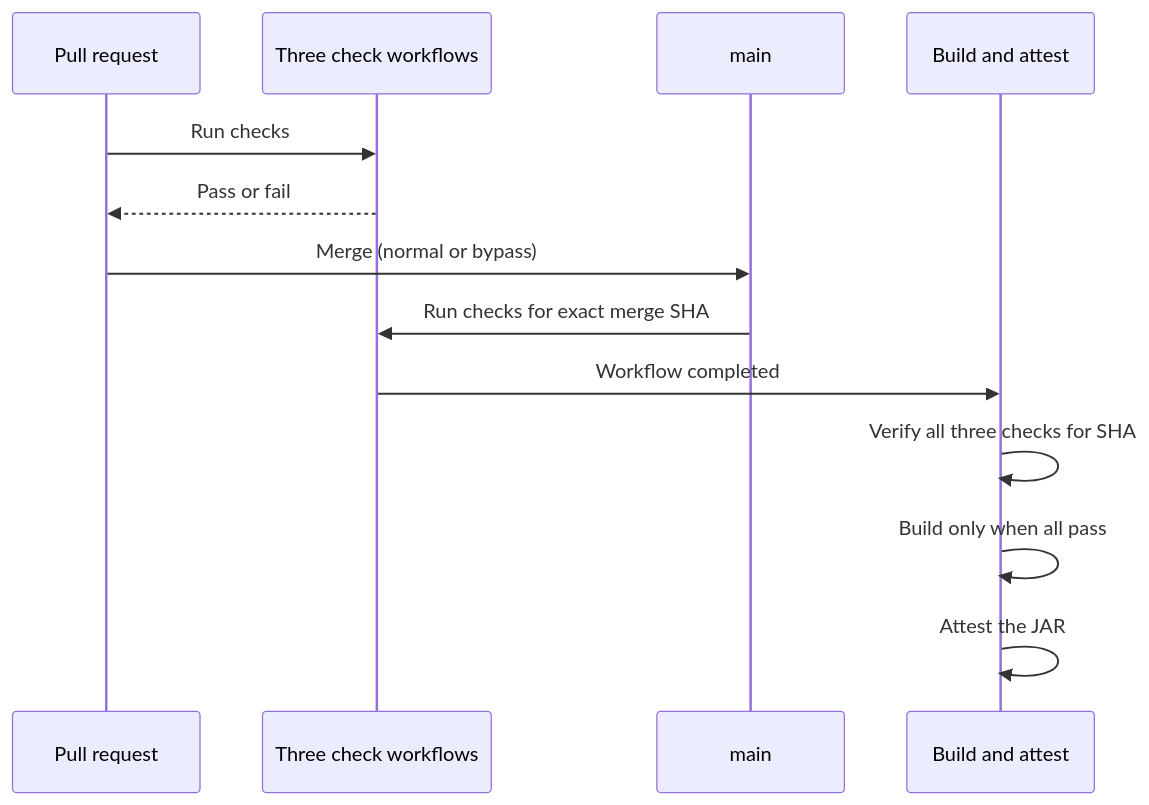
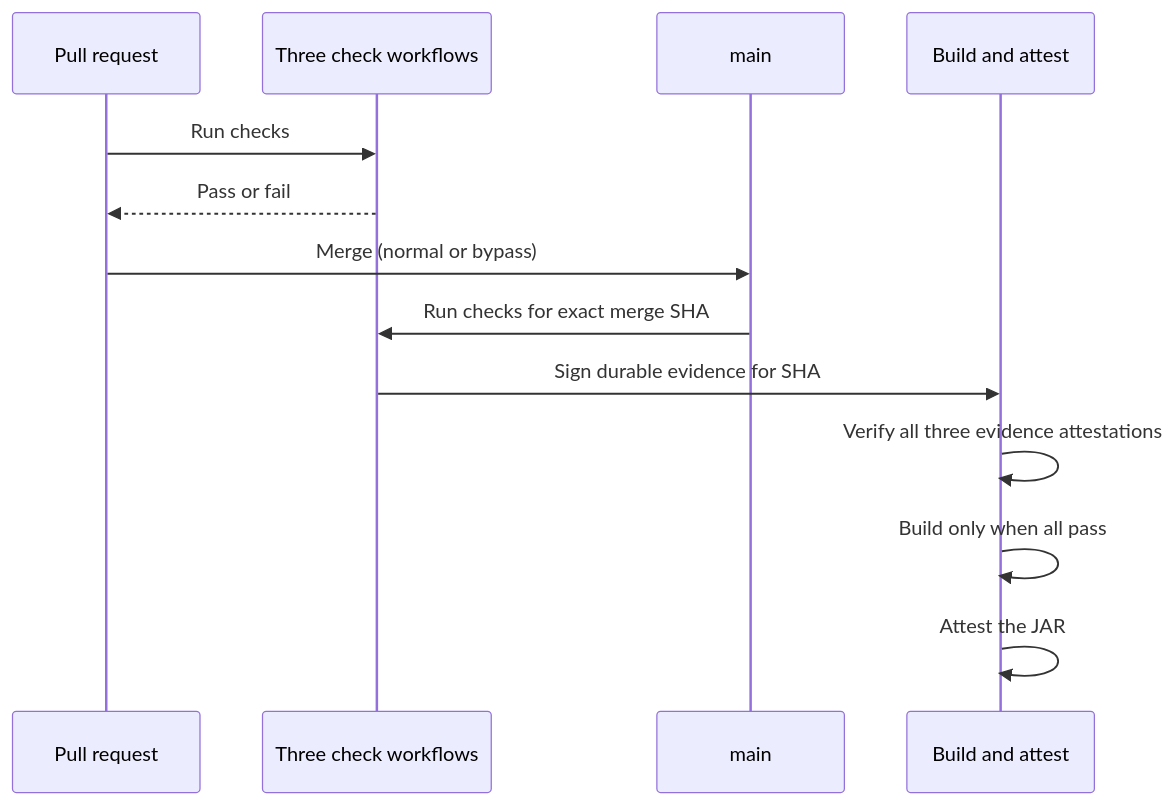
One commit to jefeish/attestation-governance changed the second of 2 diagrams in README.md. Above: the diagram before and after it, drawn with Mermaid. The commit also changed other lines of this file and 4 other files, not shown here.

First line of the commit message:
Persist durable check evidence attestations

````diff
--- a/README.md
+++ b/README.md
@@ -92,16 +95,16 @@
 ```mermaid
 sequenceDiagram
     participant PR as Pull request
     participant Checks as Three check workflows
     participant Main as main
     participant Release as Build and attest
 
     PR->>Checks: Run checks
     Checks-->>PR: Pass or fail
     PR->>Main: Merge (normal or bypass)
     Main->>Checks: Run checks for exact merge SHA
-    Checks->>Release: Workflow completed
-    Release->>Release: Verify all three checks for SHA
+    Checks->>Release: Sign durable evidence for SHA
+    Release->>Release: Verify all three evidence attestations
     Release->>Release: Build only when all pass
     Release->>Release: Attest the JAR
 ```
````
